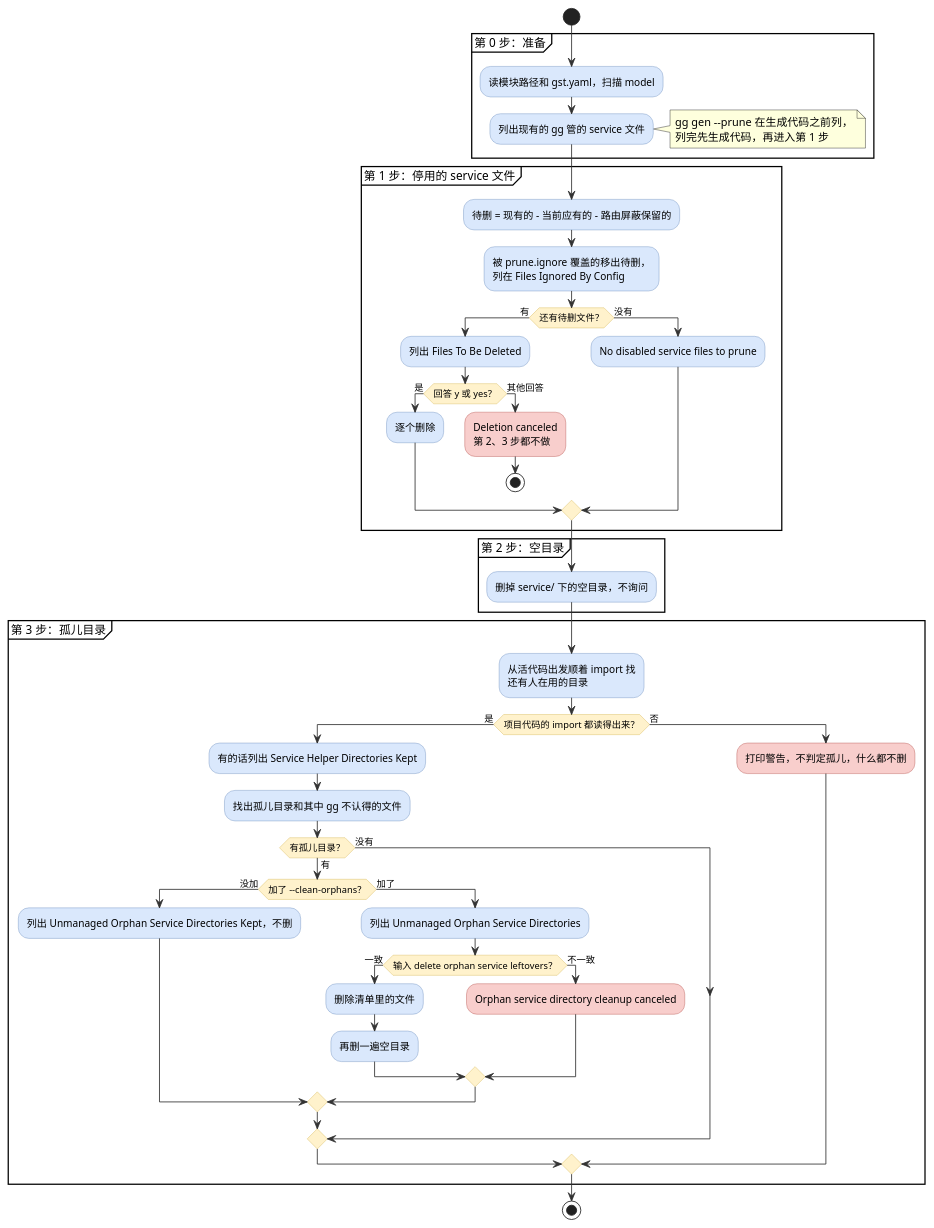
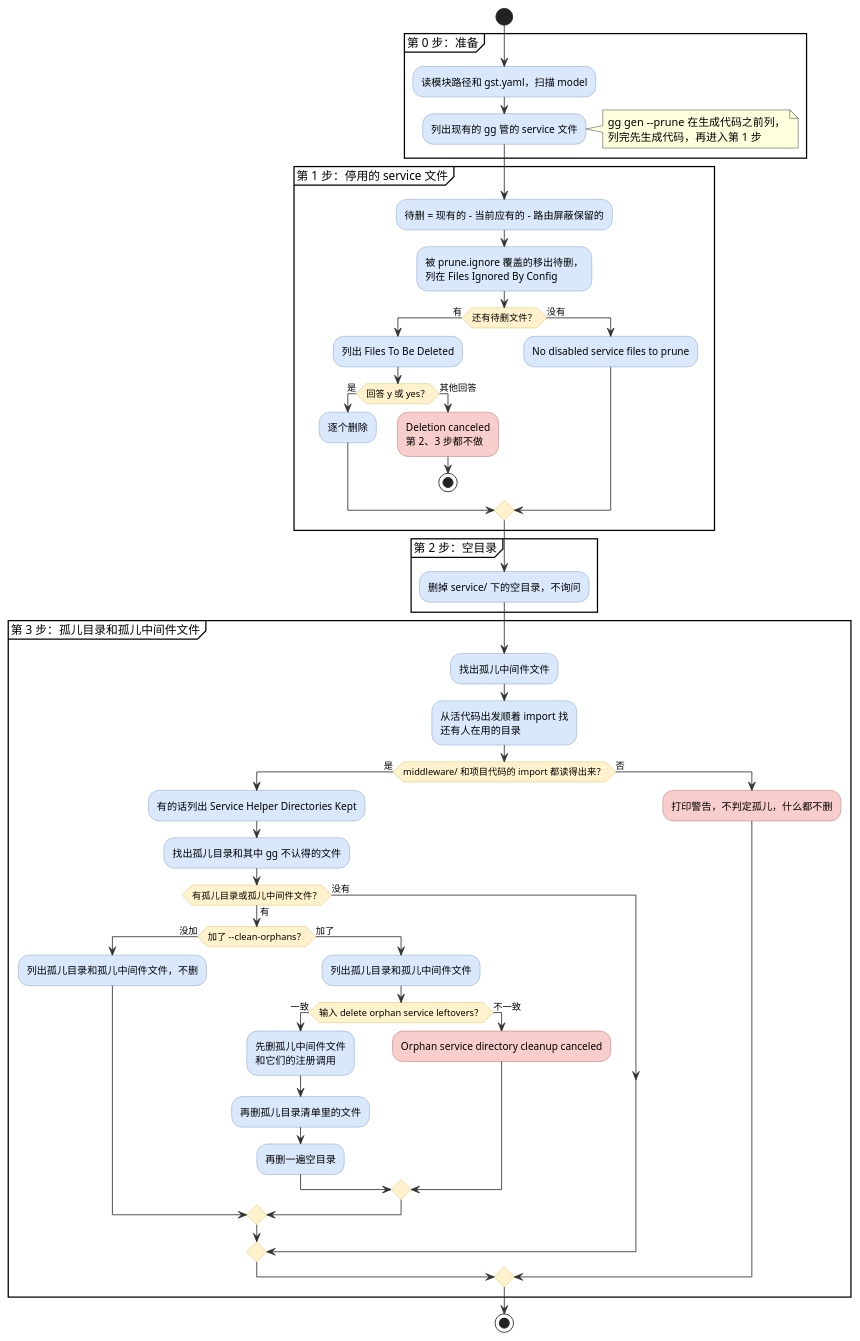
The first of 2 diagrams in cmd/gg/PRUNE.md (hydroan/gst), drawn with PlantUML before and after one commit. The commit also changed other lines of this file and 13 other files, not shown here.

````diff
--- a/cmd/gg/PRUNE.md
+++ b/cmd/gg/PRUNE.md
@@ -13,68 +13,71 @@
 ```plantuml
 @startuml
 skinparam activity {
   BackgroundColor #dae8fc
   BorderColor #6c8ebf
   ArrowColor #333333
   DiamondBackgroundColor #fff2cc
   DiamondBorderColor #d6b656
   BackgroundColor<<cancel>> #f8cecc
   BorderColor<<cancel>> #b85450
 }
 
 start
 partition "第 0 步：准备" {
   :读模块路径和 gst.yaml，扫描 model;
   :列出现有的 gg 管的 service 文件;
   note right
     gg gen --prune 在生成代码之前列，
     列完先生成代码，再进入第 1 步
   end note
 }
 partition "第 1 步：停用的 service 文件" {
   :待删 = 现有的 - 当前应有的 - 路由屏蔽保留的;
   :被 prune.ignore 覆盖的移出待删，
   列在 Files Ignored By Config;
   if (还有待删文件？) then (有)
     :列出 Files To Be Deleted;
     if (回答 y 或 yes？) then (是)
       :逐个删除;
     else (其他回答)
       :Deletion canceled
       第 2、3 步都不做; <<cancel>>
       stop
     endif
   else (没有)
     :No disabled service files to prune;
   endif
 }
 partition "第 2 步：空目录" {
   :删掉 service/ 下的空目录，不询问;
 }
-partition "第 3 步：孤儿目录" {
+partition "第 3 步：孤儿目录和孤儿中间件文件" {
+  :找出孤儿中间件文件;
   :从活代码出发顺着 import 找
   还有人在用的目录;
-  if (项目代码的 import 都读得出来？) then (是)
+  if (middleware/ 和项目代码的 import 都读得出来？) then (是)
     :有的话列出 Service Helper Directories Kept;
     :找出孤儿目录和其中 gg 不认得的文件;
-    if (有孤儿目录？) then (有)
+    if (有孤儿目录或孤儿中间件文件？) then (有)
       if (加了 --clean-orphans？) then (没加)
-        :列出 Unmanaged Orphan Service Directories Kept，不删;
+        :列出孤儿目录和孤儿中间件文件，不删;
       else (加了)
-        :列出 Unmanaged Orphan Service Directories;
+        :列出孤儿目录和孤儿中间件文件;
         if (输入 delete orphan service leftovers？) then (一致)
-          :删除清单里的文件;
+          :先删孤儿中间件文件
+          和它们的注册调用;
+          :再删孤儿目录清单里的文件;
           :再删一遍空目录;
         else (不一致)
           :Orphan service directory cleanup canceled; <<cancel>>
         endif
       endif
     else (没有)
     endif
   else (否)
     :打印警告，不判定孤儿，什么都不删; <<cancel>>
   endif
 }
 stop
 @enduml
 ```
````
